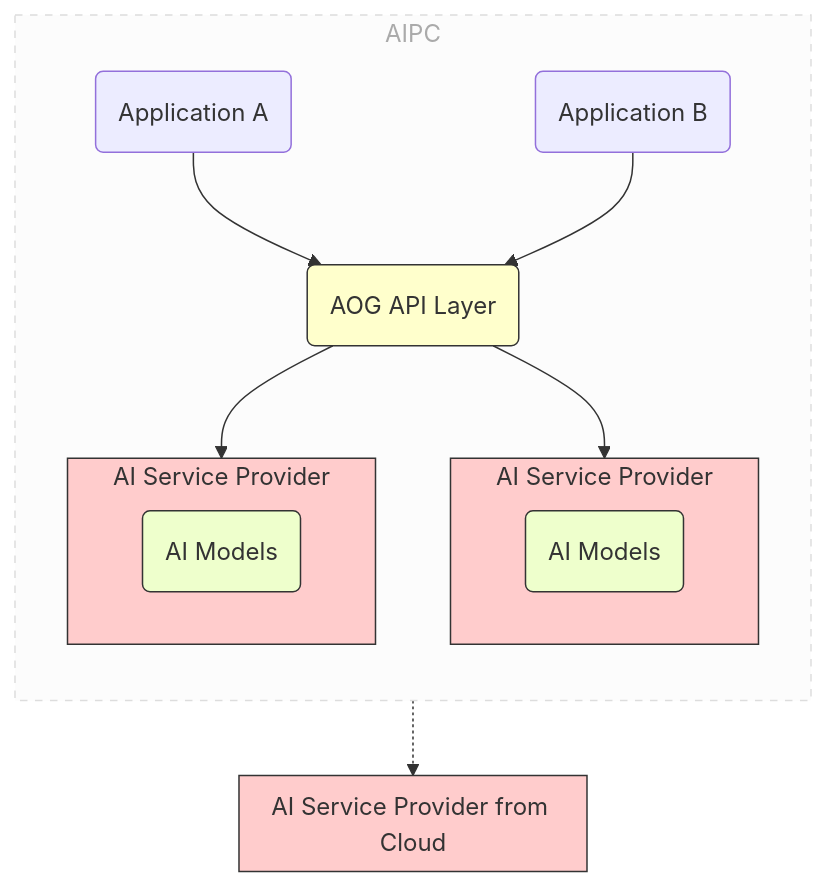
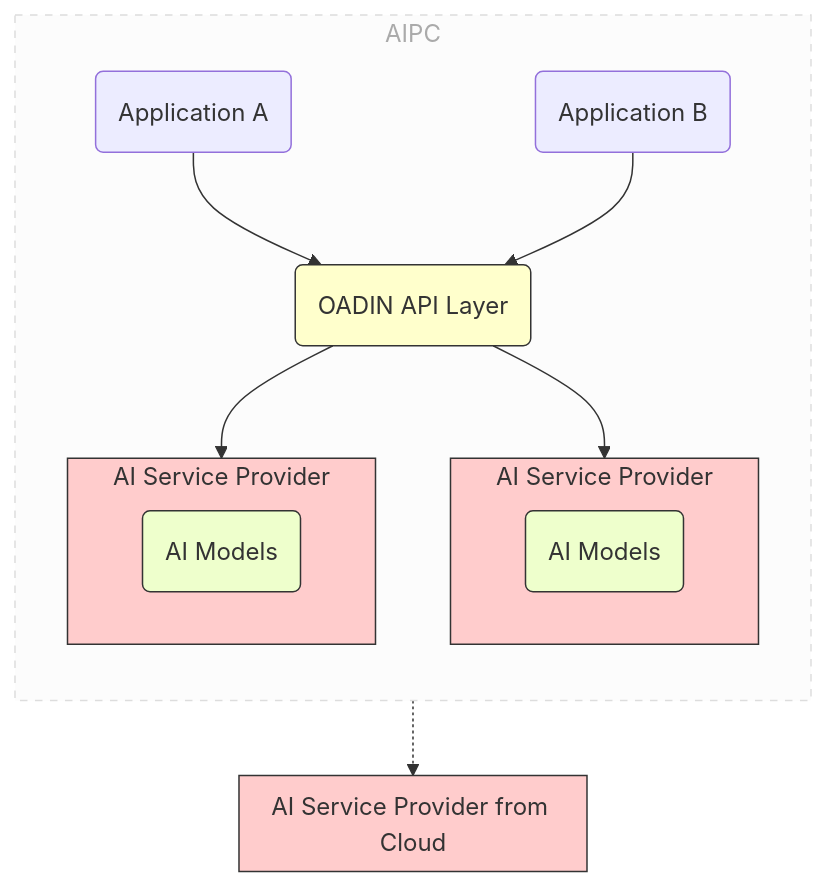
The diagram in README.md (DigitalChinaOpenSource/oadin), drawn with Mermaid before and after one commit. The commit also changed other lines of this file and 84 other files, not shown here.

````diff
--- a/README.md
+++ b/README.md
@@ -18,36 +18,36 @@
 ```mermaid
 graph TB
   classDef pc_style color:#aaa, fill:#fcfcfc, stroke:#ddd, stroke-dasharray: 5 5
   classDef service_style fill:#fcc,stroke:#333
-  classDef aog_style fill:#ffc,stroke:#333
+  classDef oadin_style fill:#ffc,stroke:#333
   classDef model_style fill:#efc,stroke:#333
 
-  aog(AOG API Layer):::aog_style
+  oadin(OADIN API Layer):::oadin_style
   ai_x:::service_style
   ai_y:::service_style
   ai_m:::service_style
   model_x:::model_style
   model_y:::model_style
   pc:::pc_style
 
-  aog -.-> ai_m
+  oadin -.-> ai_m
 
   subgraph ai_m [AI Service Provider from Cloud]
   end
 
   subgraph pc[AIPC]
     direction TB
-    a(Application A) --> aog
-    b(Application B) --> aog
-    aog --> ai_x
-    aog --> ai_y
+    a(Application A) --> oadin
+    b(Application B) --> oadin
+    oadin --> ai_x
+    oadin --> ai_y
     subgraph ai_x [AI Service Provider]
       model_x(AI Models):::model_style
     end
     subgraph ai_y [AI Service Provider]
       model_y(AI Models):::model_style
     end
   end
 
 
 ```
````
